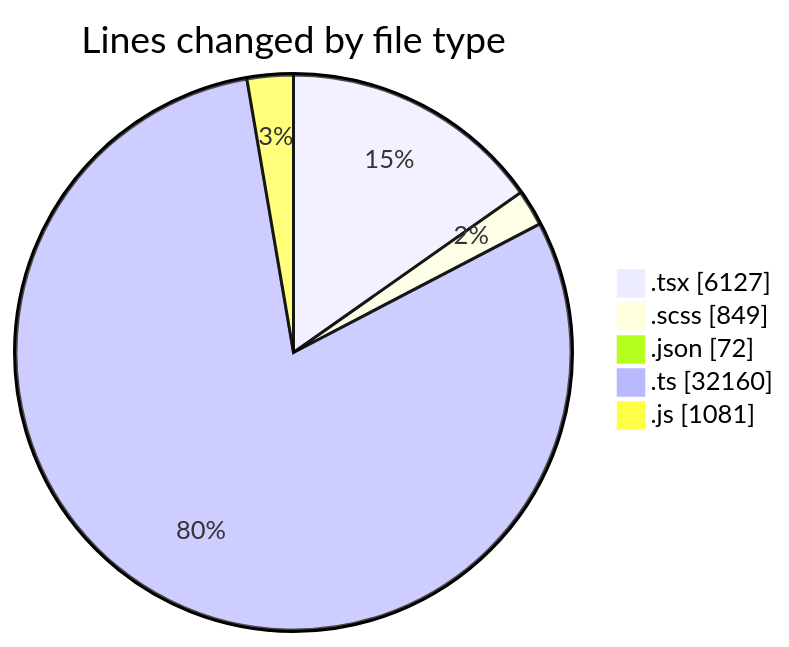
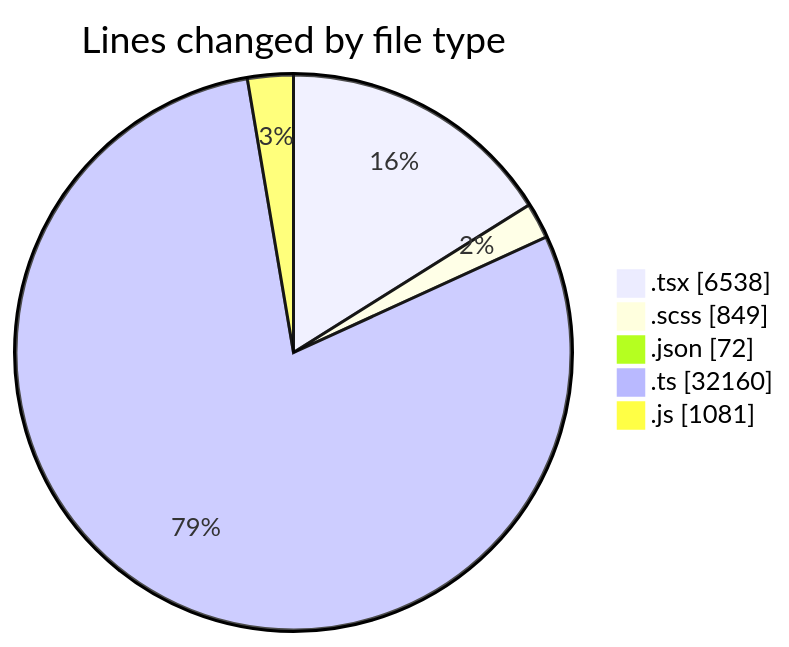
Before and after one commit to momahboobian/code-tracking: the first of 2 diagrams in 2026-10-20/cda/README.md, drawn with Mermaid. The commit also changed other lines of this file and 1 other file, not shown here.

````diff
--- a/2026-10-20/cda/README.md
+++ b/2026-10-20/cda/README.md
@@ -51,9 +51,9 @@
 ```mermaid
 pie showData
 title Lines changed by file type
-".tsx" : 6127
+".tsx" : 6538
 ".scss" : 849
 ".json" : 72
 ".ts" : 32160
 ".js" : 1081
 ```
````
